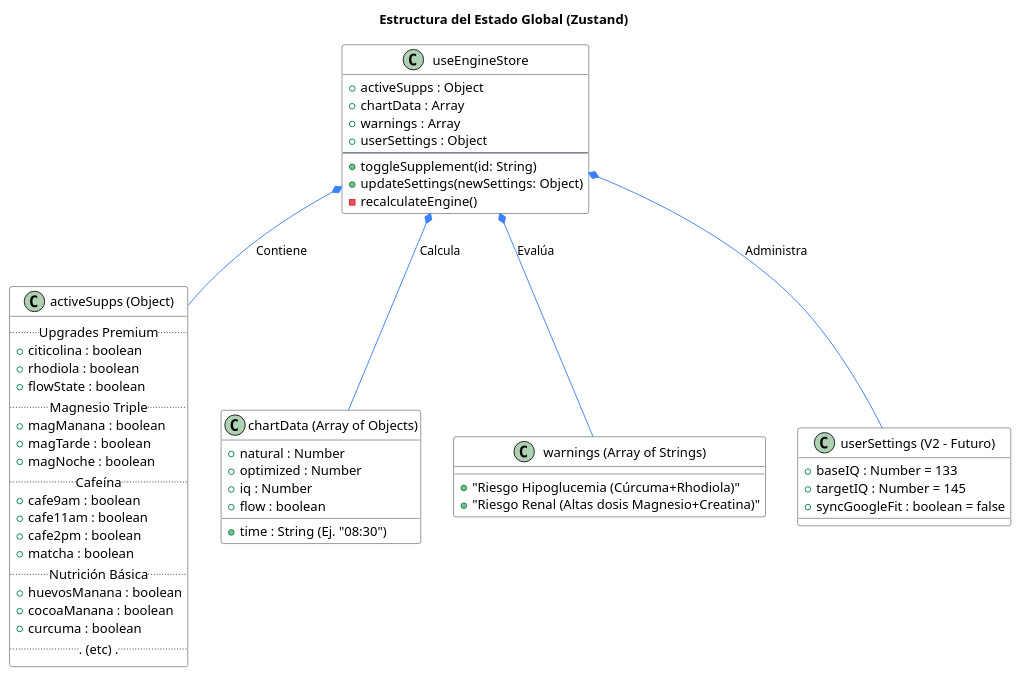
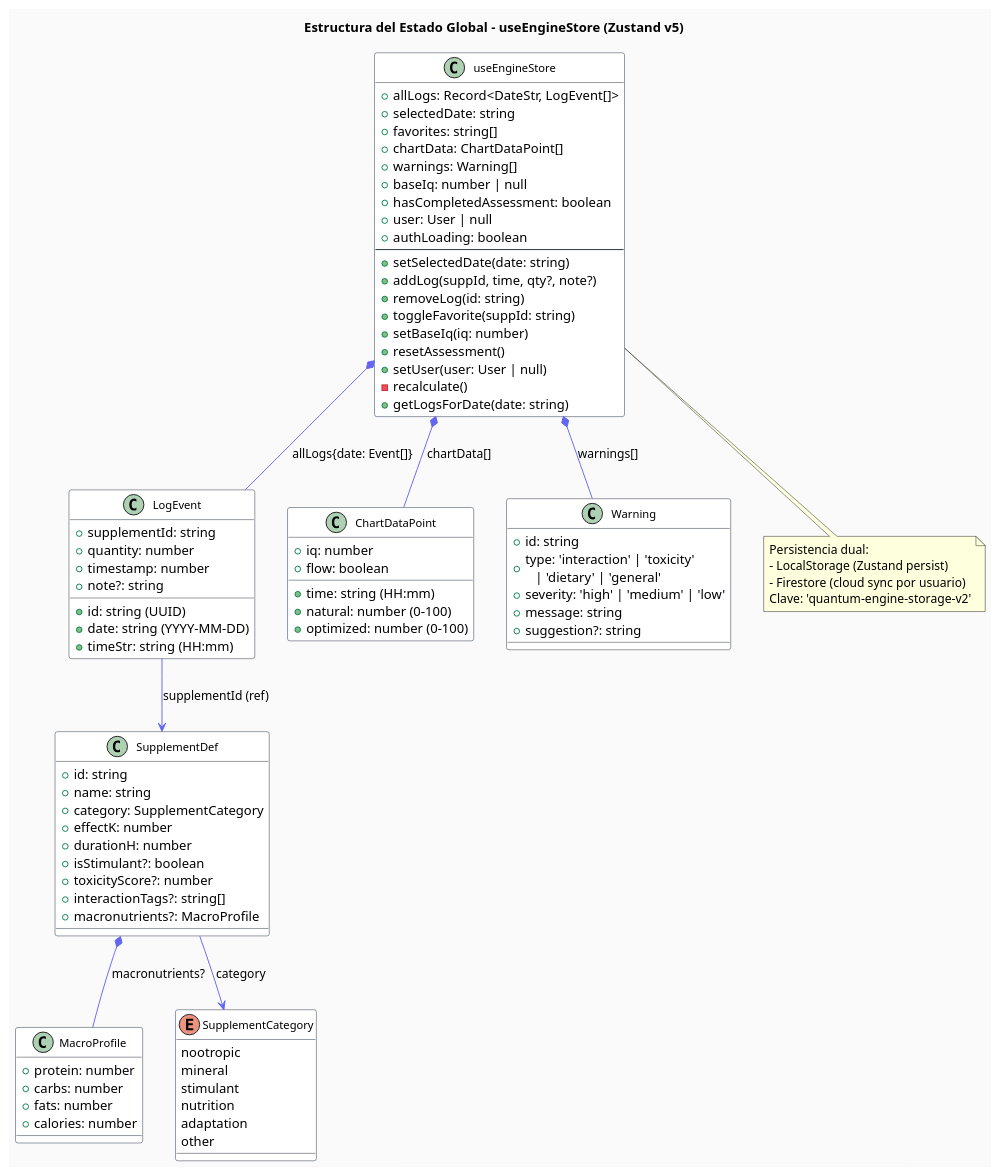
The diagram in diagramas/state_structure.puml (Camilo-Alberto-Palacio/optimizador-cognitivo), drawn with PlantUML before and after one commit. The commit also changed 3 other files, not shown here.

Commit message:
Docs: Update all 4 PlantUML diagrams to reflect v8.0 architecture (journal, medical engine, auth)

```diff
--- a/diagramas/state_structure.puml
+++ b/diagramas/state_structure.puml
@@ -1,66 +1,101 @@
-@startuml StateStructure
+@startuml StateStructure_v2
 skinparam class {
     BackgroundColor White
-    ArrowColor #3b82f6
+    ArrowColor #6366f1
     BorderColor #1e293b
+    FontSize 12
+}
+skinparam backgroundColor #FAFAFA
+title Estructura del Estado Global - useEngineStore (Zustand v5)
+
+class "useEngineStore" as Store {
+    + allLogs: Record<DateStr, LogEvent[]>
+    + selectedDate: string
+    + favorites: string[]
+    + chartData: ChartDataPoint[]
+    + warnings: Warning[]
+    + baseIq: number | null
+    + hasCompletedAssessment: boolean
+    + user: User | null
+    + authLoading: boolean
+    --
+    + setSelectedDate(date: string)
+    + addLog(suppId, time, qty?, note?)
+    + removeLog(id: string)
+    + toggleFavorite(suppId: string)
+    + setBaseIq(iq: number)
+    + resetAssessment()
+    + setUser(user: User | null)
+    - recalculate()
+    + getLogsForDate(date: string)
 }
 
-title Estructura del Estado Global (Zustand)
-
-class "useEngineStore" as Store {
-    + activeSupps : Object
-    + chartData : Array
-    + warnings : Array
-    + userSettings : Object
-    --
-    + toggleSupplement(id: String)
-    + updateSettings(newSettings: Object)
-    - recalculateEngine()
+class "LogEvent" as Event {
+    + id: string (UUID)
+    + supplementId: string
+    + date: string (YYYY-MM-DD)
+    + timeStr: string (HH:mm)
+    + quantity: number
+    + timestamp: number
+    + note?: string
 }
 
-class "activeSupps (Object)" as Supps {
-    .. Upgrades Premium ..
-    + citicolina : boolean
-    + rhodiola : boolean
-    + flowState : boolean
-    .. Magnesio Triple ..
-    + magManana : boolean
-    + magTarde : boolean
-    + magNoche : boolean
-    .. Cafeína ..
-    + cafe9am : boolean
-    + cafe11am : boolean
-    + cafe2pm : boolean
-    + matcha : boolean
-    .. Nutrición Básica ..
-    + huevosManana : boolean
-    + cocoaManana : boolean
-    + curcuma : boolean
-    ... (etc) ...
+class "SupplementDef" as Supp {
+    + id: string
+    + name: string
+    + category: SupplementCategory
+    + effectK: number
+    + durationH: number
+    + isStimulant?: boolean
+    + toxicityScore?: number
+    + interactionTags?: string[]
+    + macronutrients?: MacroProfile
 }
 
-class "chartData (Array of Objects)" as ChartData {
-    + time : String (Ej. "08:30")
-    + natural : Number
-    + optimized : Number
-    + iq : Number
-    + flow : boolean
+class "MacroProfile" as Macro {
+    + protein: number
+    + carbs: number
+    + fats: number
+    + calories: number
 }
 
-class "warnings (Array of Strings)" as Warnings {
-    + "Riesgo Hipoglucemia (Cúrcuma+Rhodiola)"
-    + "Riesgo Renal (Altas dosis Magnesio+Creatina)"
+class "ChartDataPoint" as Chart {
+    + time: string (HH:mm)
+    + natural: number (0-100)
+    + optimized: number (0-100)
+    + iq: number
+    + flow: boolean
 }
 
-class "userSettings (V2 - Futuro)" as Settings {
-    + baseIQ : Number = 133
-    + targetIQ : Number = 145
-    + syncGoogleFit : boolean = false
+class "Warning" as Warn {
+    + id: string
+    + type: 'interaction' | 'toxicity'\n   | 'dietary' | 'general'
+    + severity: 'high' | 'medium' | 'low'
+    + message: string
+    + suggestion?: string
 }
 
-Store *-- Supps : Contiene
-Store *-- ChartData : Calcula
-Store *-- Warnings : Evalúa
-Store *-- Settings : Administra
+enum "SupplementCategory" as Cat {
+    nootropic
+    mineral
+    stimulant
+    nutrition
+    adaptation
+    other
+}
+
+Store *-- Event : allLogs{date: Event[]}
+Store *-- Chart : chartData[]
+Store *-- Warn : warnings[]
+Supp --> Cat : category
+Supp *-- Macro : macronutrients?
+Event --> Supp : supplementId (ref)
+
+note bottom of Store
+  Persistencia dual:
+  - LocalStorage (Zustand persist)
+  - Firestore (cloud sync por usuario)
+  Clave: 'quantum-engine-storage-v2'
+end note
 
 @enduml
```
